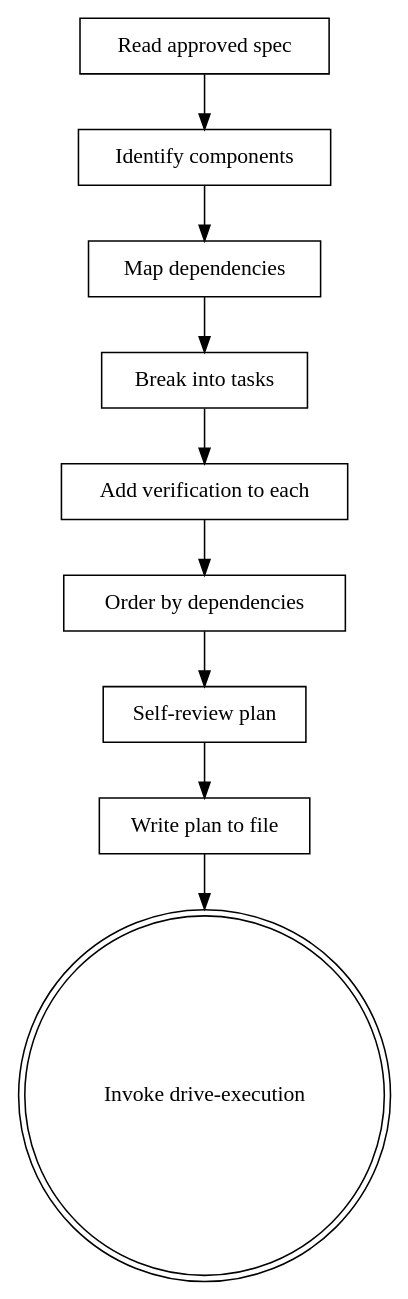
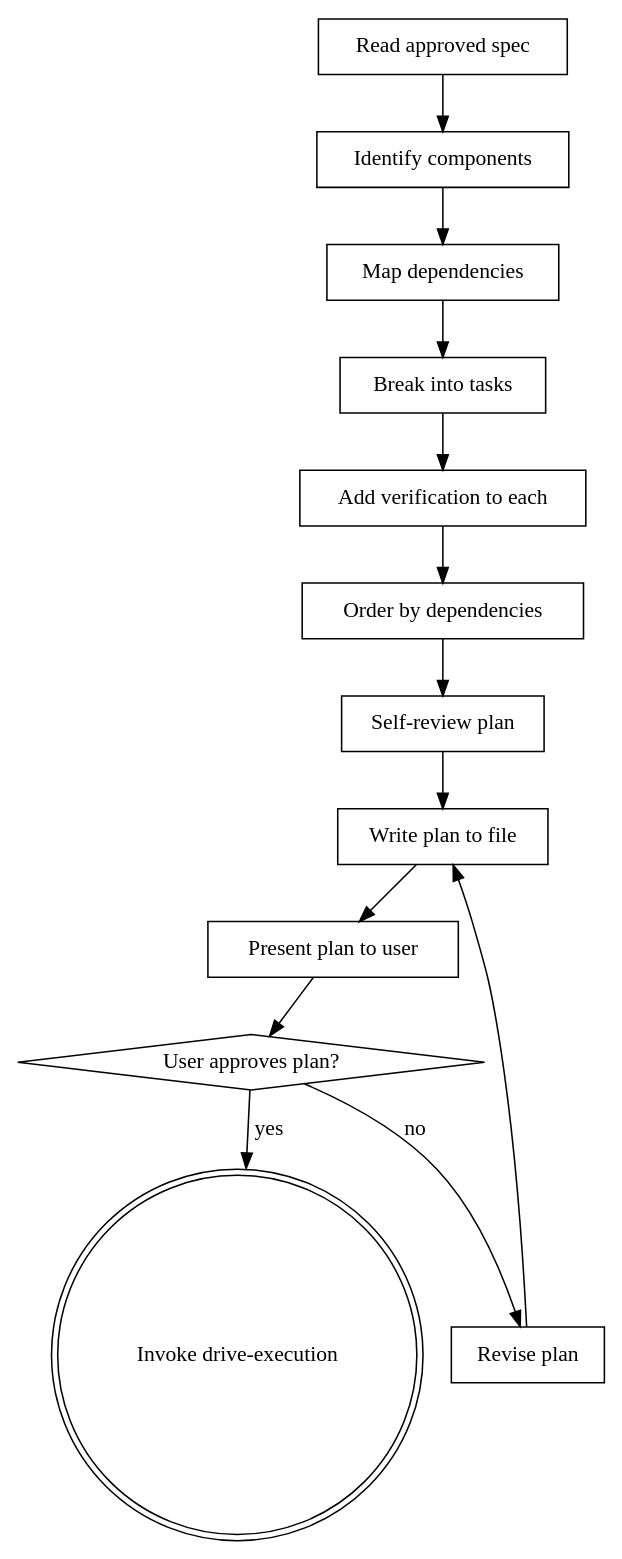
One commit to caseyrtalbot/forge changed the diagram in skills/chart-tasks/SKILL.md. Above: the diagram before and after it, drawn with Graphviz. The commit also changed other lines of this file, not shown here.

Commit message:
feat: add user plan approval gate to chart-tasks
The plan is the contract for what gets built. discover-intent and
shape-design both require user approval before advancing. chart-tasks
now does too: present plan, get approval, revise if needed.

Adds approval diamond to process flow, checklist steps 9-10, and
updates exit gate and evidence requirements.

````diff
--- a/skills/chart-tasks/SKILL.md
+++ b/skills/chart-tasks/SKILL.md
@@ -27,22 +27,29 @@
 ```dot
 digraph chart_tasks {
     "Read approved spec" [shape=box];
     "Identify components" [shape=box];
     "Map dependencies" [shape=box];
     "Break into tasks" [shape=box];
     "Add verification to each" [shape=box];
     "Order by dependencies" [shape=box];
     "Self-review plan" [shape=box];
     "Write plan to file" [shape=box];
+    "Present plan to user" [shape=box];
+    "User approves plan?" [shape=diamond];
+    "Revise plan" [shape=box];
     "Invoke drive-execution" [shape=doublecircle];
 
     "Read approved spec" -> "Identify components";
     "Identify components" -> "Map dependencies";
     "Map dependencies" -> "Break into tasks";
     "Break into tasks" -> "Add verification to each";
     "Add verification to each" -> "Order by dependencies";
     "Order by dependencies" -> "Self-review plan";
     "Self-review plan" -> "Write plan to file";
-    "Write plan to file" -> "Invoke drive-execution";
+    "Write plan to file" -> "Present plan to user";
+    "Present plan to user" -> "User approves plan?";
+    "User approves plan?" -> "Invoke drive-execution" [label="yes"];
+    "User approves plan?" -> "Revise plan" [label="no"];
+    "Revise plan" -> "Write plan to file";
 }
 ```
````
